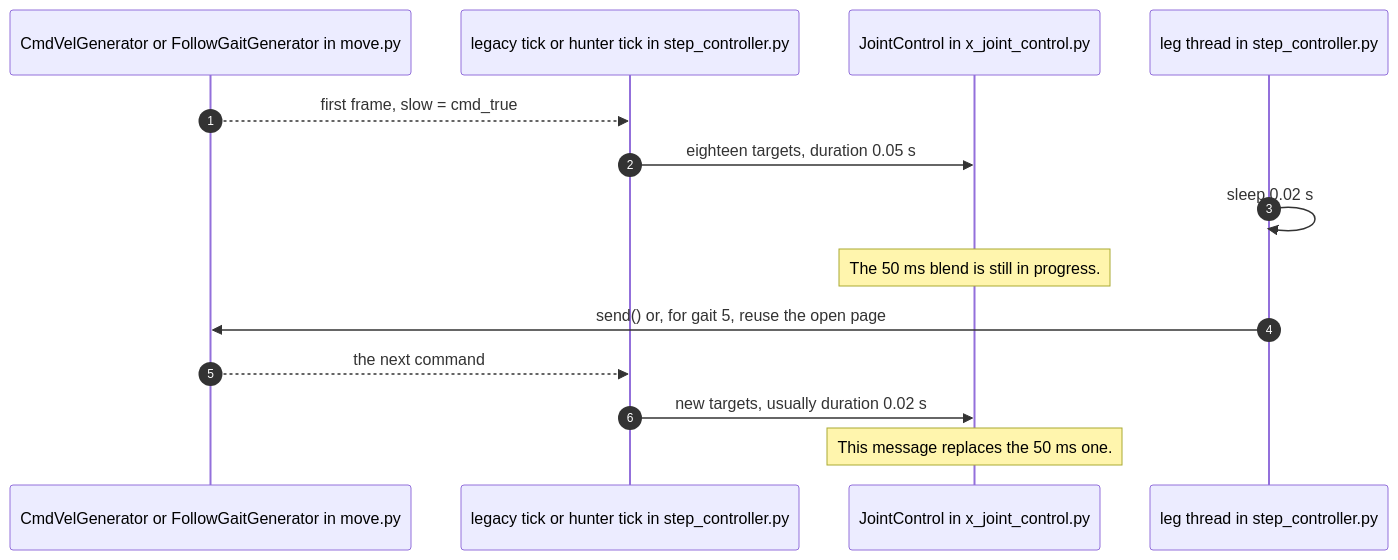
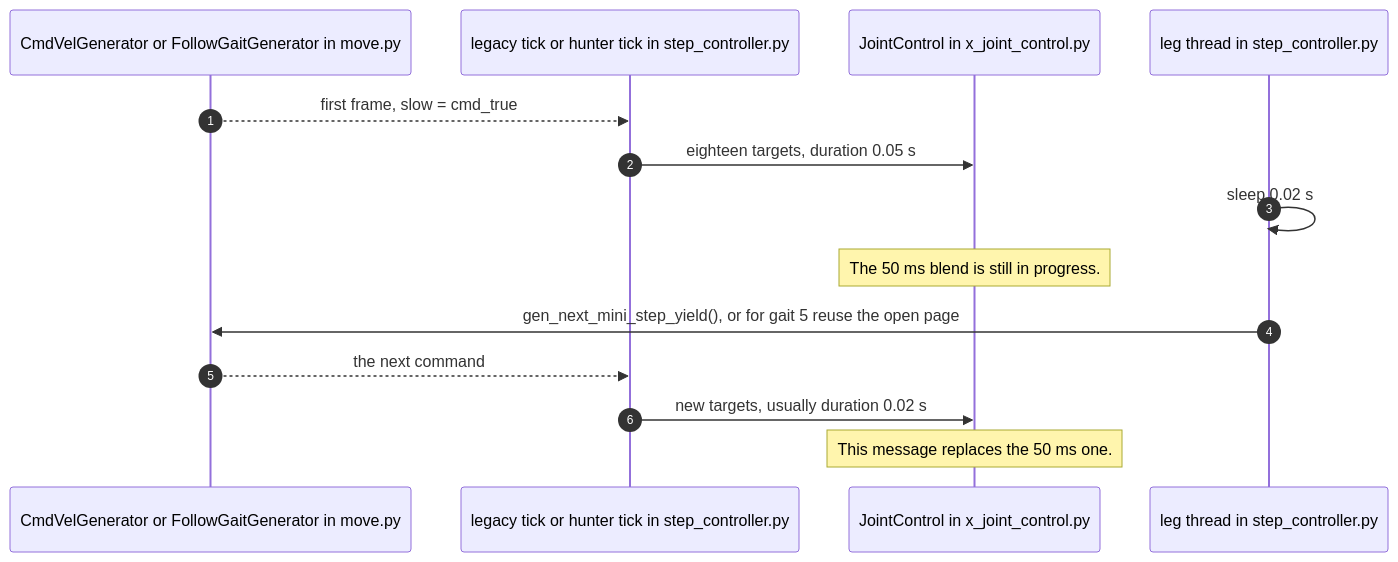
One commit to ganapetya/masha changed the eighth of 8 diagrams in ros2_ws/src/hexapod_kinematics/movement.md. Above: the diagram before and after it, drawn with Mermaid. The commit also changed other lines of this file and 11 other files, not shown here.

````diff
--- a/ros2_ws/src/hexapod_kinematics/movement.md
+++ b/ros2_ws/src/hexapod_kinematics/movement.md
@@ -378,17 +378,17 @@
 ```mermaid
 sequenceDiagram
     autonumber
     participant Film as CmdVelGenerator or FollowGaitGenerator in move.py
     participant Tick as legacy tick or hunter tick in step_controller.py
     participant Servo as JointControl in x_joint_control.py
     participant Legs as leg thread in step_controller.py
 
     Film-->>Tick: first frame, slow = cmd_true
     Tick->>Servo: eighteen targets, duration 0.05 s
     Legs->>Legs: sleep 0.02 s
     Note over Servo: The 50 ms blend is still in progress.
-    Legs->>Film: send() or, for gait 5, reuse the open page
+    Legs->>Film: gen_next_mini_step_yield(), or for gait 5 reuse the open page
     Film-->>Tick: the next command
     Tick->>Servo: new targets, usually duration 0.02 s
     Note over Servo: This message replaces the 50 ms one.
 ```
````
